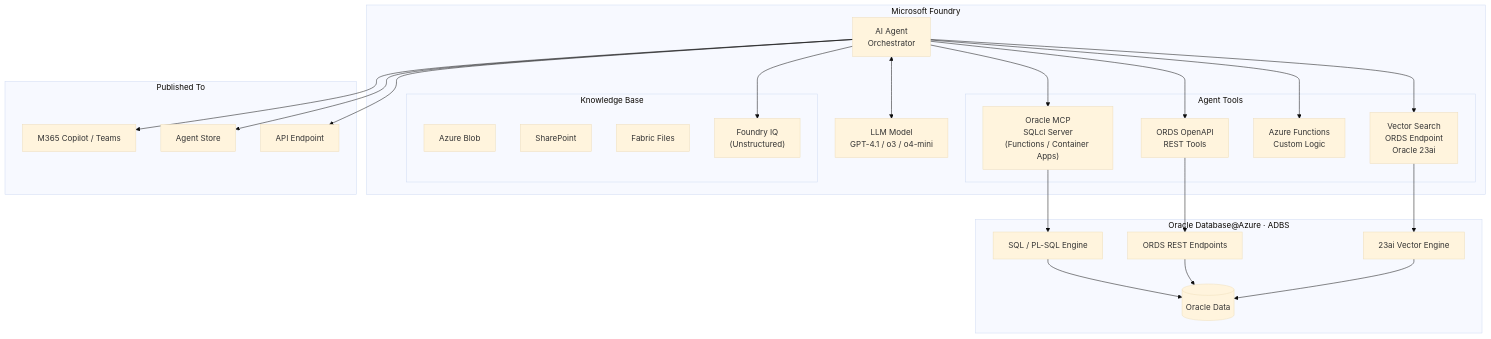
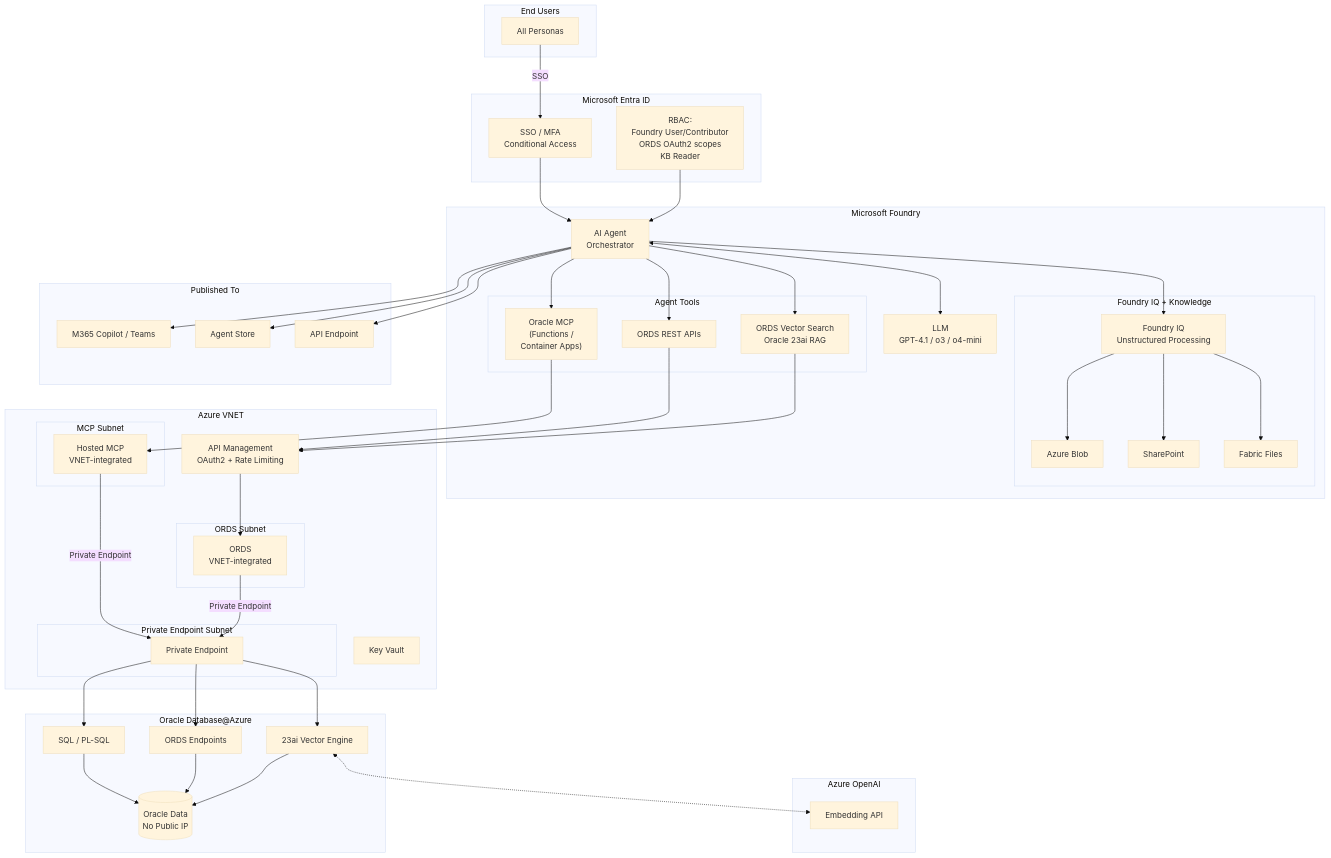
The fourth of 9 diagrams in docs/02-reference-architectures.md (ryellajo12/ODAA-AI-Playbook), drawn with Mermaid (base theme) before and after one commit. The commit also changed other lines of this file and 3 other files, not shown here.

First line of the commit message:
Split Pattern 1B into 3 Foundry sub-patterns with Entra ID, RBAC, private networking

````diff
--- a/docs/02-reference-architectures.md
+++ b/docs/02-reference-architectures.md
@@ -69,29 +198,55 @@
 ```mermaid
 graph TB
+    subgraph Users["End Users"]
+        EU["All Personas"]
+    end
+
+    subgraph EntraID["Microsoft Entra ID"]
+        AUTH["SSO / MFA<br/>Conditional Access"]
+        RBAC_E["RBAC:<br/>Foundry User/Contributor<br/>ORDS OAuth2 scopes<br/>KB Reader"]
+    end
+
     subgraph Foundry["Microsoft Foundry"]
         AGENT["AI Agent<br/>Orchestrator"]
-        LLM["LLM Model<br/>GPT-4.1 / o3 / o4-mini"]
+        LLM["LLM<br/>GPT-4.1 / o3 / o4-mini"]
 
         subgraph Tools["Agent Tools"]
-            MCP["Oracle MCP<br/>SQLcl Server<br/>(Functions / Container Apps)"]
-            OPENAPI["ORDS OpenAPI<br/>REST Tools"]
-            FUNC["Azure Functions<br/>Custom Logic"]
-            VSEARCH["Vector Search<br/>ORDS Endpoint<br/>Oracle 23ai"]
+            MCP["Oracle MCP<br/>(Functions /<br/>Container Apps)"]
+            OPENAPI["ORDS REST APIs"]
+            VSEARCH["ORDS Vector Search<br/>Oracle 23ai RAG"]
         end
 
-        subgraph KB["Knowledge Base"]
+        subgraph KB["Foundry IQ + Knowledge"]
+            FIQ["Foundry IQ<br/>Unstructured Processing"]
             BLOB["Azure Blob"]
             SP["SharePoint"]
             FF["Fabric Files"]
-            FIQ["Foundry IQ<br/>(Unstructured)"]
         end
     end
 
-    subgraph ODA["Oracle Database@Azure · ADBS"]
-        SQL["SQL / PL-SQL Engine"]
-        ORDS_EP["ORDS REST Endpoints"]
+    subgraph AOAI["Azure OpenAI"]
+        EMB["Embedding API"]
+    end
+
+    subgraph VNET["Azure VNET"]
+        subgraph FuncSub["MCP Subnet"]
+            MCPHOST["Hosted MCP<br/>VNET-integrated"]
+        end
+        subgraph ORDSSub["ORDS Subnet"]
+            ORDS["ORDS<br/>VNET-integrated"]
+        end
+        subgraph PESub["Private Endpoint Subnet"]
+            PE["Private Endpoint"]
+        end
+        KV["Key Vault"]
+        APIM["API Management<br/>OAuth2 + Rate Limiting"]
+    end
+
+    subgraph ODA["Oracle Database@Azure"]
+        SQL["SQL / PL-SQL"]
+        ORDS_EP["ORDS Endpoints"]
         VEC["23ai Vector Engine"]
-        DATA[("Oracle Data")]
+        DATA[("Oracle Data<br/>No Public IP")]
     end
 
     subgraph Publish["Published To"]
@@ -100,15 +255,27 @@
         API["API Endpoint"]
     end
 
+    EU -->|SSO| AUTH
+    AUTH --> AGENT
+    RBAC_E --> AGENT
     AGENT <--> LLM
     AGENT --> MCP
     AGENT --> OPENAPI
-    AGENT --> FUNC
     AGENT --> VSEARCH
     AGENT --> FIQ
-    MCP --> SQL
-    OPENAPI --> ORDS_EP
-    VSEARCH --> VEC
+    FIQ --> BLOB
+    FIQ --> SP
+    FIQ --> FF
+    MCP --> MCPHOST
+    OPENAPI --> APIM
+    VSEARCH --> APIM
+    APIM --> ORDS
+    MCPHOST -->|Private Endpoint| PE
+    ORDS -->|Private Endpoint| PE
+    PE --> SQL
+    PE --> ORDS_EP
+    PE --> VEC
+    VEC <-.-> EMB
     SQL --> DATA
     ORDS_EP --> DATA
     VEC --> DATA
````
